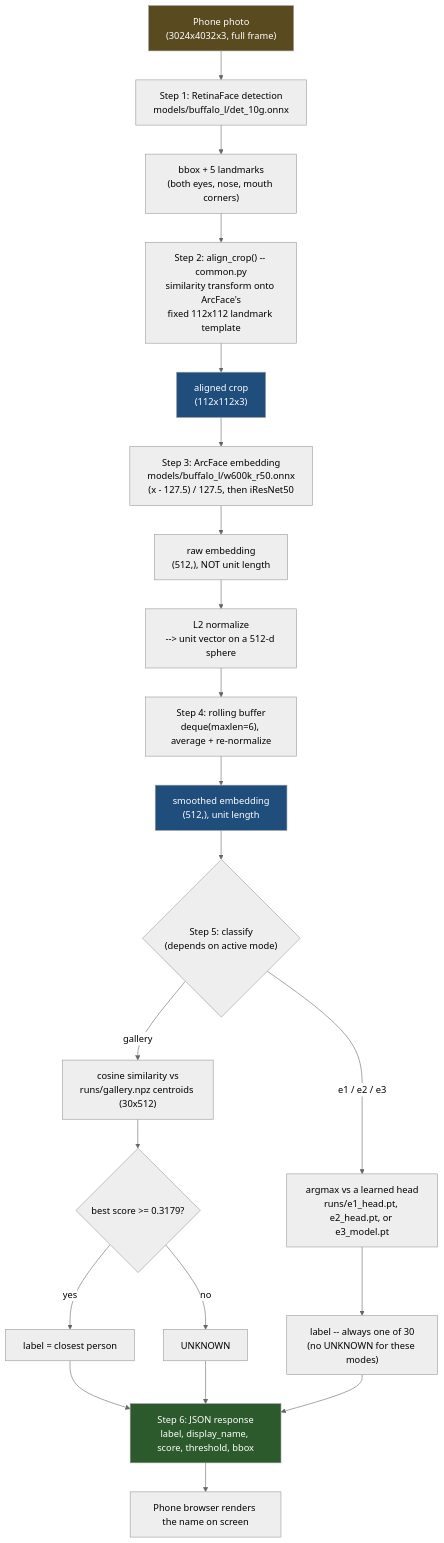
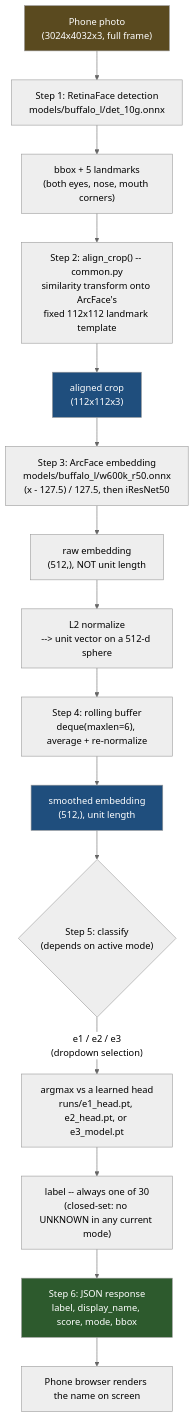
One commit to MishtiAloo/ML-train changed the first of 2 diagrams in docs/inference.md. Above: the diagram before and after it, drawn with Mermaid (neutral theme). The commit also changed other lines of this file and 7 other files, not shown here.

````diff
--- a/docs/inference.md
+++ b/docs/inference.md
@@ -14,26 +14,22 @@
 ```mermaid
 flowchart TD
     A["Phone photo<br/>(3024x4032x3, full frame)"] --> B["Step 1: RetinaFace detection<br/>models/buffalo_l/det_10g.onnx"]
     B --> B1["bbox + 5 landmarks<br/>(both eyes, nose, mouth corners)"]
     B1 --> C["Step 2: align_crop() -- common.py<br/>similarity transform onto ArcFace's<br/>fixed 112x112 landmark template"]
     C --> C1["aligned crop<br/>(112x112x3)"]
     C1 --> D["Step 3: ArcFace embedding<br/>models/buffalo_l/w600k_r50.onnx<br/>(x - 127.5) / 127.5, then iResNet50"]
     D --> D1["raw embedding<br/>(512,), NOT unit length"]
     D1 --> D2["L2 normalize<br/>--&gt; unit vector on a 512-d sphere"]
     D2 --> E["Step 4: rolling buffer<br/>deque(maxlen=6), average + re-normalize"]
     E --> E1["smoothed embedding<br/>(512,), unit length"]
     E1 --> F{"Step 5: classify<br/>(depends on active mode)"}
-    F -->|gallery| G1["cosine similarity vs<br/>runs/gallery.npz centroids (30x512)"]
-    G1 --> G2{"best score >= 0.3179?"}
-    G2 -->|yes| G3["label = closest person"]
-    G2 -->|no| G4["UNKNOWN"]
-    F -->|e1 / e2 / e3| H1["argmax vs a learned head<br/>runs/e1_head.pt, e2_head.pt, or e3_model.pt"]
-    H1 --> H2["label -- always one of 30<br/>(no UNKNOWN for these modes)"]
-    G3 & G4 & H2 --> I["Step 6: JSON response<br/>label, display_name, score, threshold, bbox"]
+    F -->|"e1 / e2 / e3<br/>(dropdown selection)"| H1["argmax vs a learned head<br/>runs/e1_head.pt, e2_head.pt, or e3_model.pt"]
+    H1 --> H2["label -- always one of 30<br/>(closed-set: no UNKNOWN in any current mode)"]
+    H2 --> I["Step 6: JSON response<br/>label, display_name, score, mode, bbox"]
     I --> J[Phone browser renders the name on screen]
 
     style A fill:#5a4a1f,color:#fff
     style C1 fill:#1f4e7d,color:#fff
     style E1 fill:#1f4e7d,color:#fff
     style I fill:#2d5a2d,color:#fff
 ```
````
